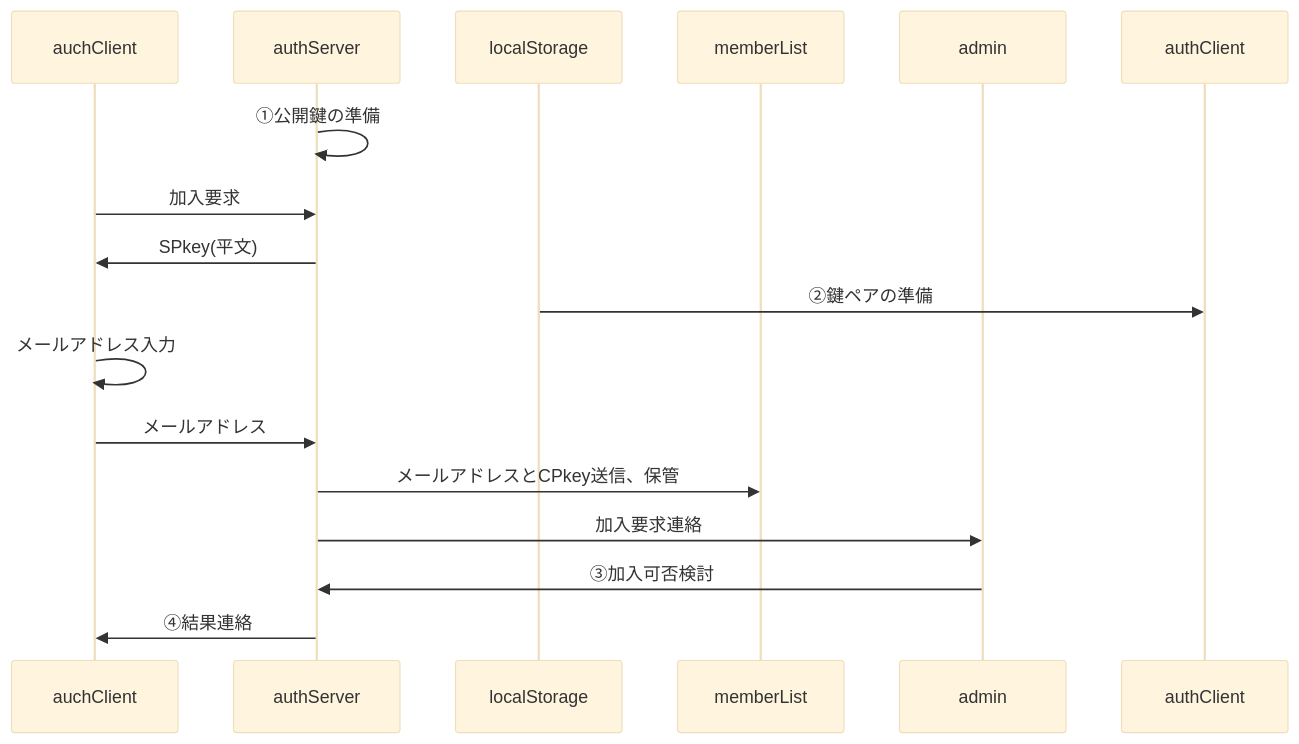
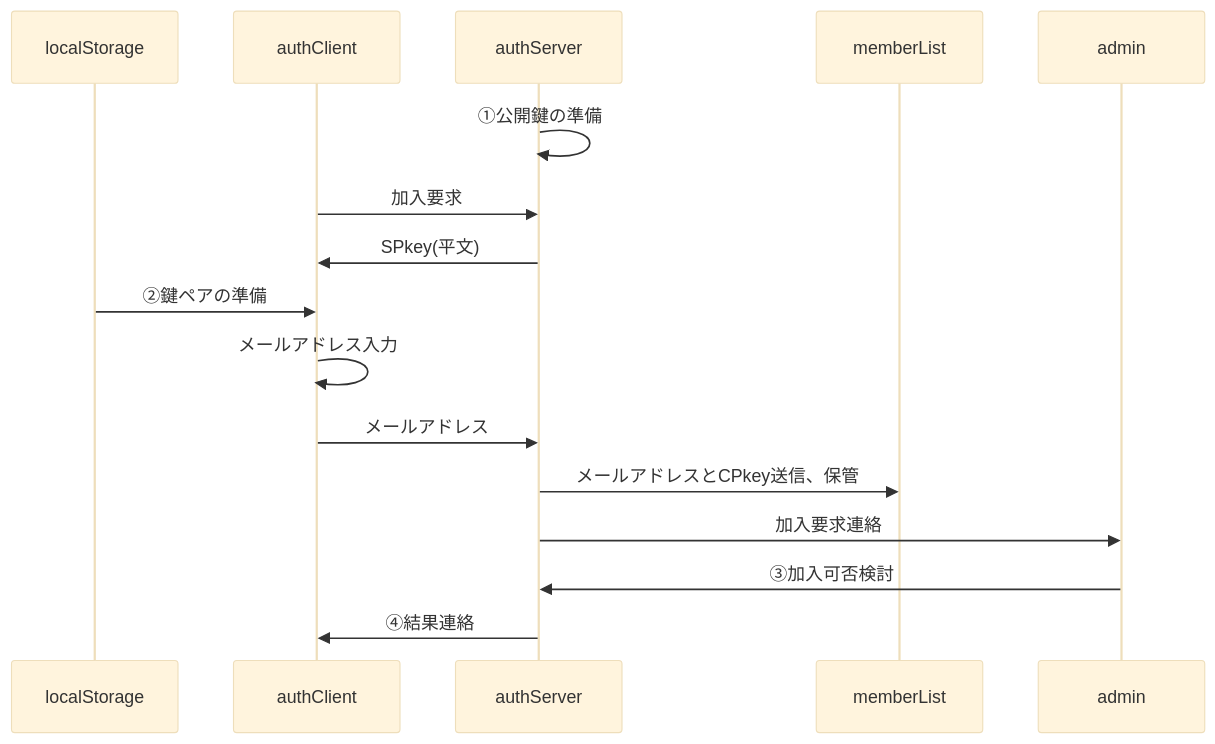
One commit to nakaone/library changed the diagram in underDev/Auth/doc/joining.mermaid. Above: the diagram before and after it, drawn with Mermaid (base theme). The commit also changed 9 other files, not shown here.

```diff
--- a/underDev/Auth/doc/joining.mermaid
+++ b/underDev/Auth/doc/joining.mermaid
@@ -1,17 +1,17 @@
 sequenceDiagram
-  participant auchClient
+  participant localStorage
+  participant authClient
   participant authServer
-  participant localStorage
   participant memberList
   participant admin
 
   authServer->>authServer: ①公開鍵の準備
-  auchClient->>authServer: 加入要求
-  authServer->>auchClient: SPkey(平文)
+  authClient->>authServer: 加入要求
+  authServer->>authClient: SPkey(平文)
   localStorage->>authClient: ②鍵ペアの準備
-  auchClient->>auchClient: メールアドレス入力
-  auchClient->>authServer: メールアドレス
+  authClient->>authClient: メールアドレス入力
+  authClient->>authServer: メールアドレス
   authServer->>memberList: メールアドレスとCPkey送信、保管
   authServer->>admin: 加入要求連絡
   admin->>authServer: ③加入可否検討
-  authServer->>auchClient: ④結果連絡
+  authServer->>authClient: ④結果連絡
```
